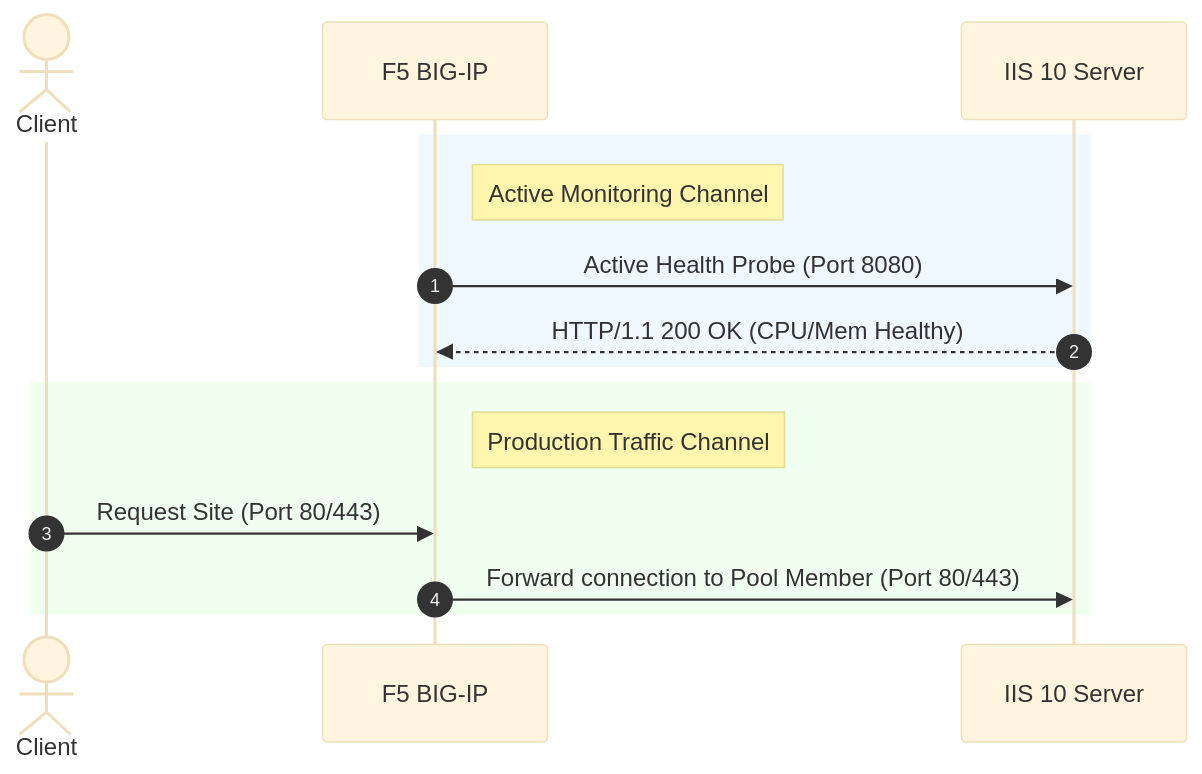
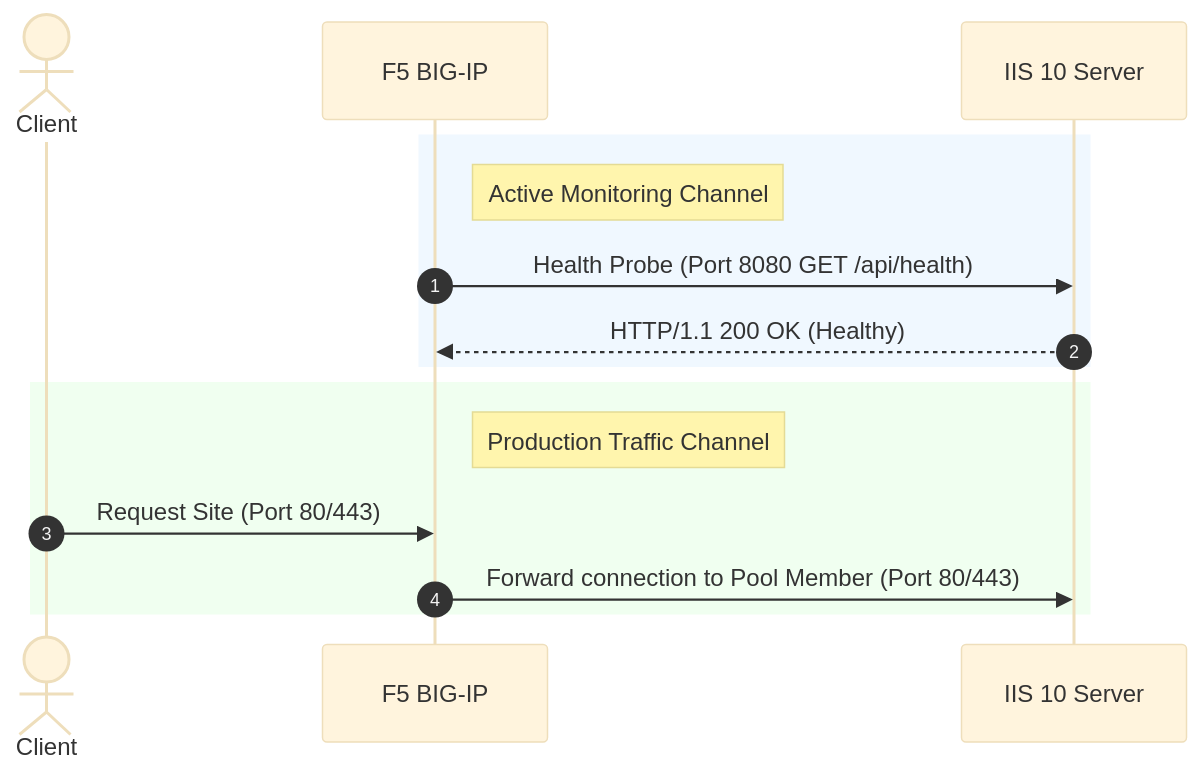
The second of 2 diagrams in readme.md (f5devcentral/IIS10-Health-Check), drawn with Mermaid (base theme) before and after one commit. The commit also changed other lines of this file and 5 other files, not shown here.

Commit message:
Implement .NET 8 Web API HealthCheckSidecar for IIS deployment

````diff
--- a/readme.md
+++ b/readme.md
@@ -138,19 +150,19 @@
 ```mermaid
 sequenceDiagram
     autonumber
     actor Client
     participant F5 as F5 BIG-IP
     participant IIS as IIS 10 Server
     
     rect rgb(240, 248, 255)
     note right of F5: Active Monitoring Channel
-    F5->>IIS: Active Health Probe (Port 8080)
-    IIS-->>F5: HTTP/1.1 200 OK (CPU/Mem Healthy)
+    F5->>IIS: Health Probe (Port 8080 GET /api/health)
+    IIS-->>F5: HTTP/1.1 200 OK (Healthy)
     end
 
     rect rgb(240, 255, 240)
     note right of F5: Production Traffic Channel
     Client->>F5: Request Site (Port 80/443)
     F5->>IIS: Forward connection to Pool Member (Port 80/443)
     end
 ```
````
